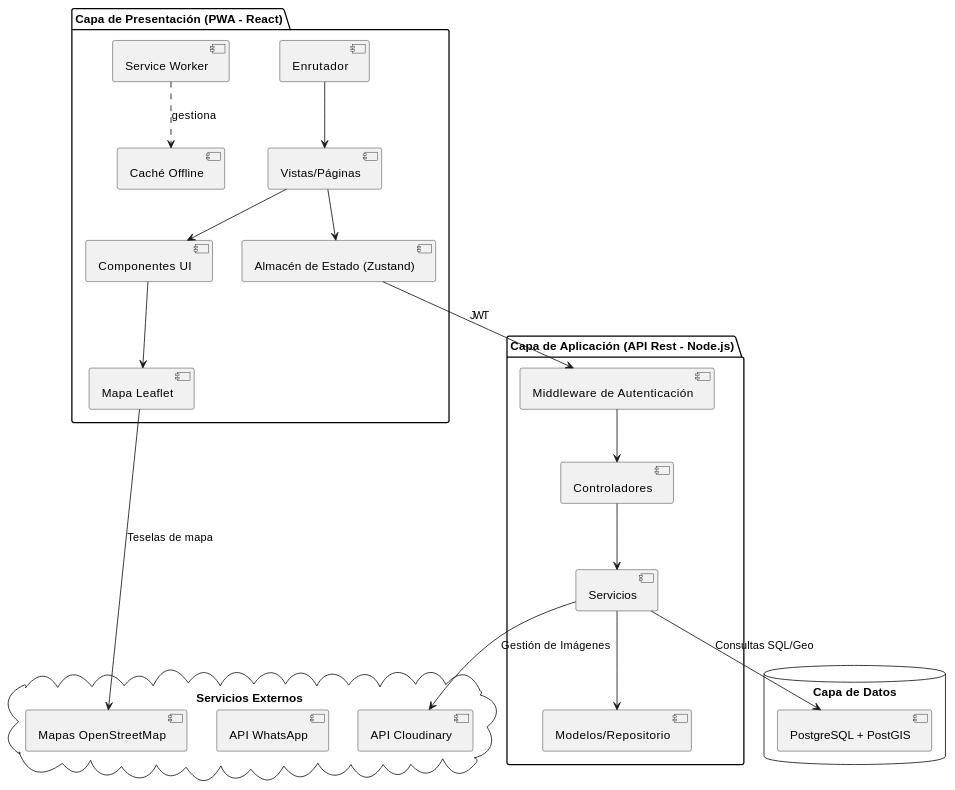
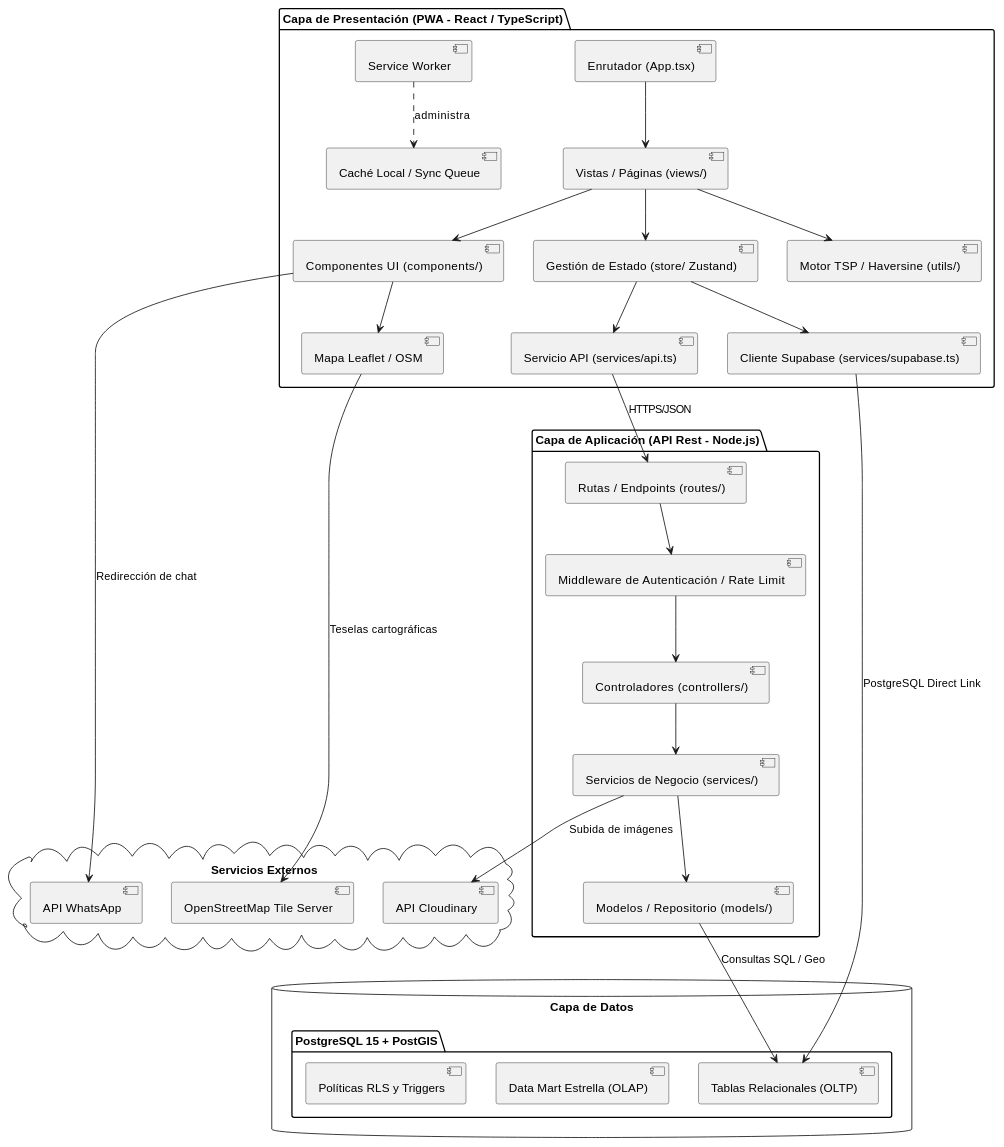
One commit to Roses04/guaike.diaz changed the third of 3 diagrams in documentation/uml_diagrams.md. Above: the diagram before and after it, drawn with PlantUML. The commit also changed other lines of this file and 2 other files, not shown here.

````diff
--- a/documentation/uml_diagrams.md
+++ b/documentation/uml_diagrams.md
@@ -125,32 +183,42 @@
 ```plantuml
 @startuml
-package "Capa de Presentación (PWA - React)" {
-    [Enrutador] --> [Vistas/Páginas]
-    [Vistas/Páginas] --> [Componentes UI]
-    [Vistas/Páginas] --> [Almacén de Estado (Zustand)]
-    [Componentes UI] --> [Mapa Leaflet]
-    [Service Worker] ..> [Caché Offline] : gestiona
+package "Capa de Presentación (PWA - React / TypeScript)" {
+    [Enrutador (App.tsx)] --> [Vistas / Páginas (views/)]
+    [Vistas / Páginas (views/)] --> [Componentes UI (components/)]
+    [Vistas / Páginas (views/)] --> [Gestión de Estado (store/ Zustand)]
+    [Componentes UI (components/)] --> [Mapa Leaflet / OSM]
+    [Vistas / Páginas (views/)] --> [Motor TSP / Haversine (utils/)]
+    [Gestión de Estado (store/ Zustand)] --> [Servicio API (services/api.ts)]
+    [Gestión de Estado (store/ Zustand)] --> [Cliente Supabase (services/supabase.ts)]
+    [Service Worker] ..> [Caché Local / Sync Queue] : administra
 }
 
 package "Capa de Aplicación (API Rest - Node.js)" {
-    [Middleware de Autenticación] --> [Controladores]
-    [Controladores] --> [Servicios]
-    [Servicios] --> [Modelos/Repositorio]
+    [Rutas / Endpoints (routes/)] --> [Middleware de Autenticación / Rate Limit]
+    [Middleware de Autenticación / Rate Limit] --> [Controladores (controllers/)]
+    [Controladores (controllers/)] --> [Servicios de Negocio (services/)]
+    [Servicios de Negocio (services/)] --> [Modelos / Repositorio (models/)]
 }
 
 database "Capa de Datos" {
-    [PostgreSQL + PostGIS]
+    folder "PostgreSQL 15 + PostGIS" {
+        [Tablas Relacionales (OLTP)]
+        [Data Mart Estrella (OLAP)]
+        [Políticas RLS y Triggers]
+    }
 }
 
 cloud "Servicios Externos" {
     [API Cloudinary]
     [API WhatsApp]
-    [Mapas OpenStreetMap]
+    [OpenStreetMap Tile Server]
 }
 
-[Almacén de Estado (Zustand)] --> [Middleware de Autenticación] : JWT
-[Servicios] --> [PostgreSQL + PostGIS] : Consultas SQL/Geo
-[Servicios] --> [API Cloudinary] : Gestión de Imágenes
-[Mapa Leaflet] --> [Mapas OpenStreetMap] : Teselas de mapa
+[Servicio API (services/api.ts)] --> [Rutas / Endpoints (routes/)] : HTTPS/JSON
+[Cliente Supabase (services/supabase.ts)] --> [Tablas Relacionales (OLTP)] : PostgreSQL Direct Link
+[Modelos / Repositorio (models/)] --> [Tablas Relacionales (OLTP)] : Consultas SQL / Geo
+[Servicios de Negocio (services/)] --> [API Cloudinary] : Subida de imágenes
+[Componentes UI (components/)] --> [API WhatsApp] : Redirección de chat
+[Mapa Leaflet / OSM] --> [OpenStreetMap Tile Server] : Teselas cartográficas
 @enduml
 ```
````
